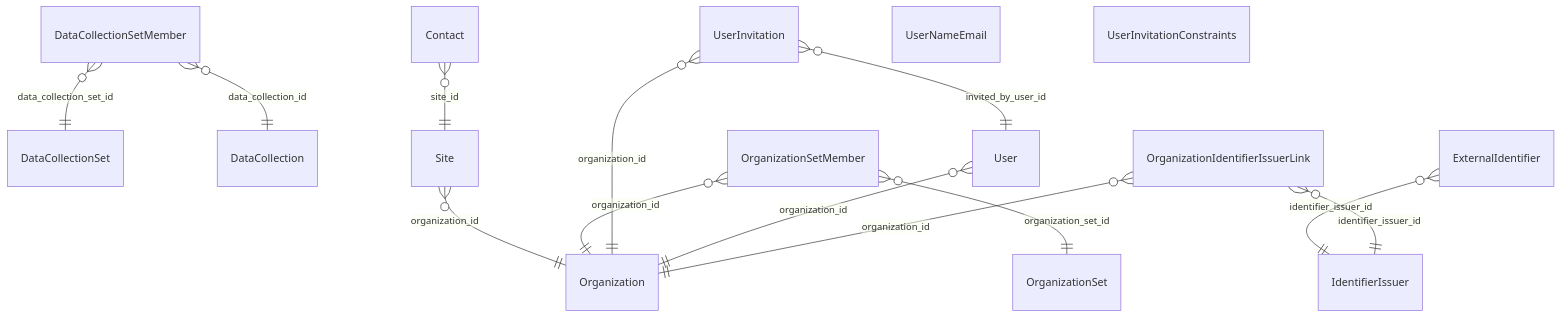
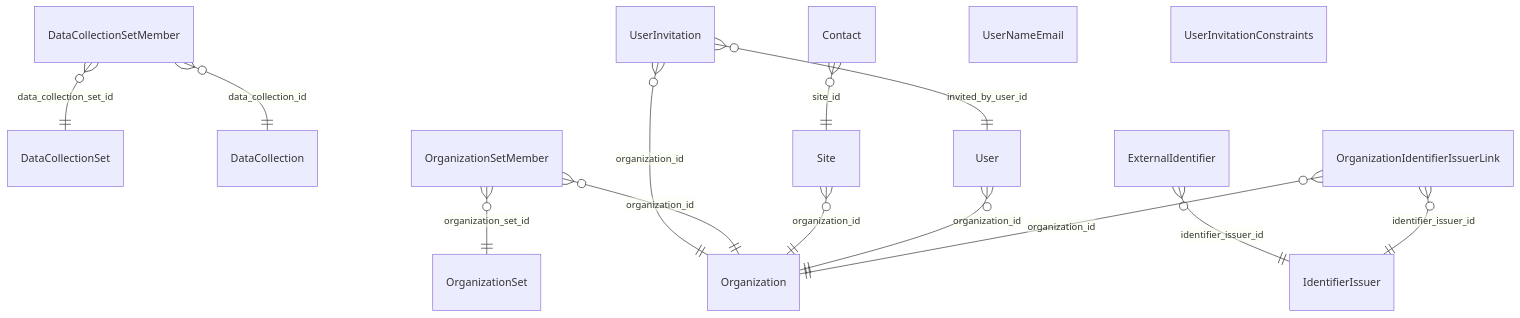
The diagram in docs/erm/omopdb.organization.md (RIVM-bioinformatics/gen-epix-api), drawn with Mermaid before and after one commit. The commit also changed other lines of this file and 142 other files, not shown here.

````diff
--- a/docs/erm/omopdb.organization.md
+++ b/docs/erm/omopdb.organization.md
@@ -5,25 +5,25 @@
 ```mermaid
 erDiagram
     %% omopdb / ORGANIZATION (simplified)
 
     %% Relationships
     DataCollectionSetMember }o--|| DataCollectionSet : "data_collection_set_id"
     DataCollectionSetMember }o--|| DataCollection : "data_collection_id"
-    Site }o--|| Organization : "organization_id"
+    UserInvitation }o--|| Organization : "organization_id"
+    UserInvitation }o--|| User : "invited_by_user_id"
     OrganizationSetMember }o--|| OrganizationSet : "organization_set_id"
     OrganizationSetMember }o--|| Organization : "organization_id"
+    Site }o--|| Organization : "organization_id"
+    Contact }o--|| Site : "site_id"
+    User }o--|| Organization : "organization_id"
     ExternalIdentifier }o--|| IdentifierIssuer : "identifier_issuer_id"
-    UserInvitation }o--|| Organization : "organization_id"
-    UserInvitation }o--|| User : "invited_by_user_id"
-    User }o--|| Organization : "organization_id"
-    Contact }o--|| Site : "site_id"
     OrganizationIdentifierIssuerLink }o--|| Organization : "organization_id"
     OrganizationIdentifierIssuerLink }o--|| IdentifierIssuer : "identifier_issuer_id"
 
     UserNameEmail {
     }
 
     UserInvitationConstraints {
     }
 
 ```
````
